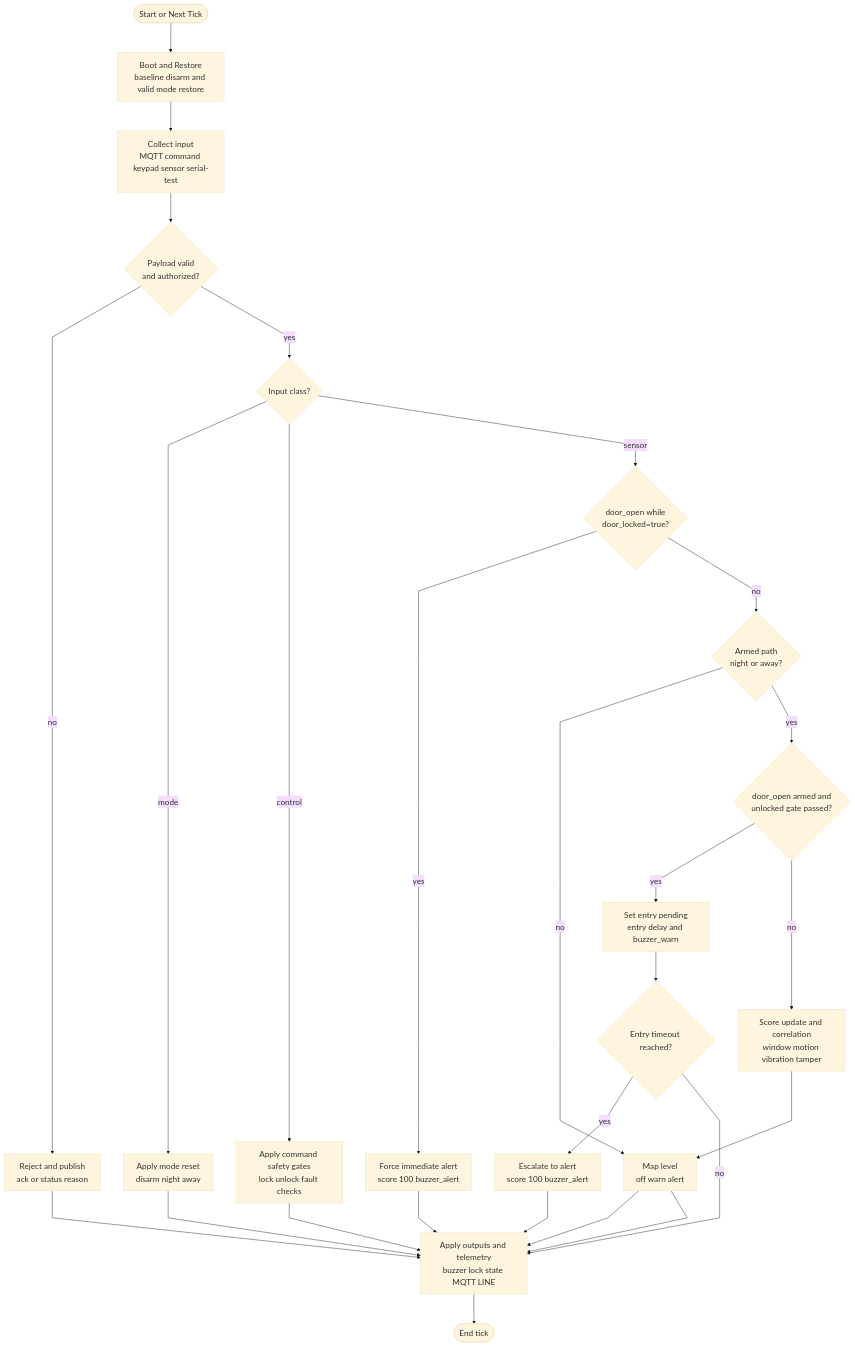
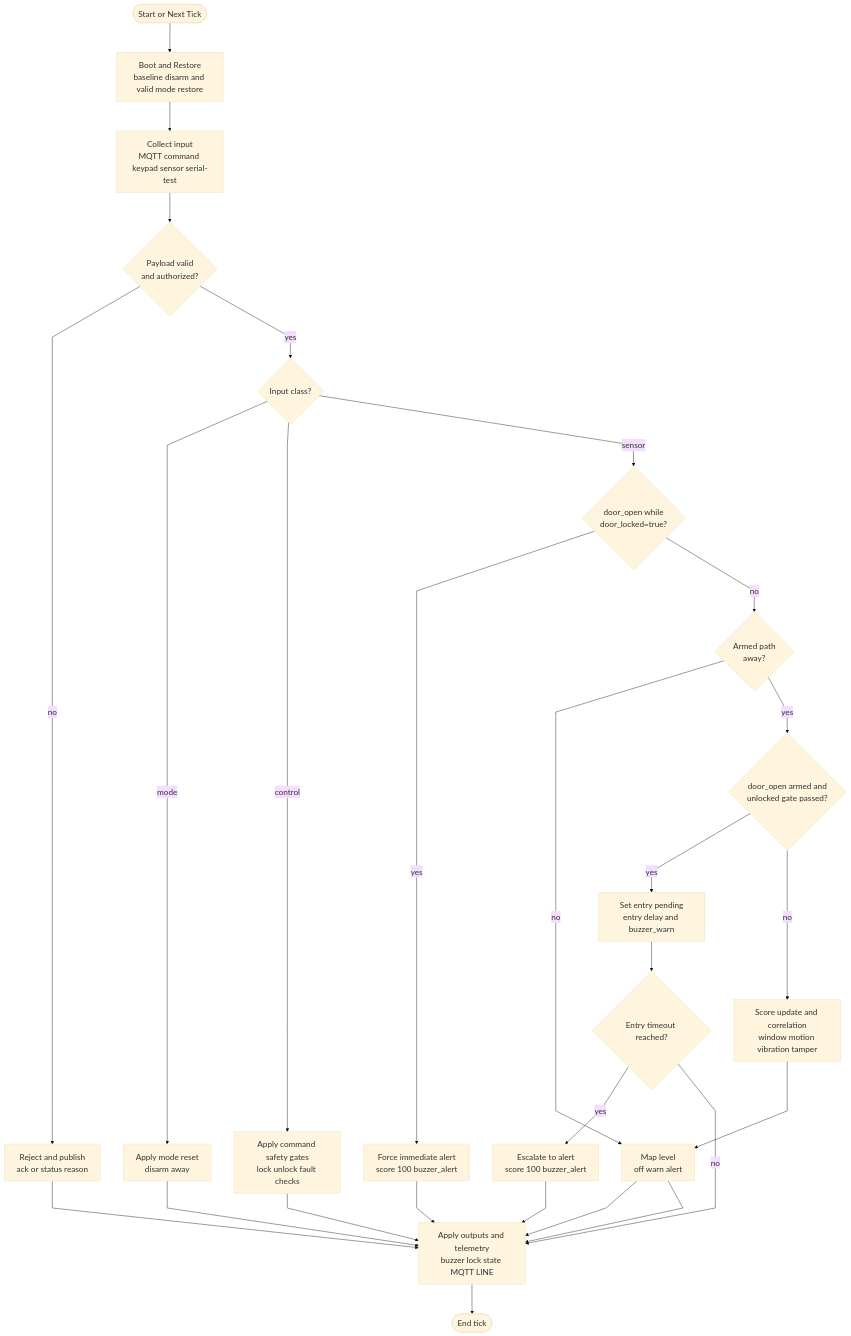
The diagram in docs/flowchart_summary_compact.mmd (non1555/EmbeddedSecurityHome), drawn with Mermaid before and after one commit. The commit also changed 35 other files, not shown here.

Commit message:
Update main board flow, MQTT diagnostics, and bridge tooling

```diff
--- a/docs/flowchart_summary_compact.mmd
+++ b/docs/flowchart_summary_compact.mmd
@@ -1,58 +1,58 @@
 %%{init: {
   'theme':'base',
   'themeVariables': { 'fontSize': '20px' },
   'flowchart': {
     'htmlLabels': true,
     'curve': 'linear',
     'nodeSpacing': 56,
     'rankSpacing': 72
   }
 } }%%
 flowchart TB
 
   s([Start or Next Tick])
   b[Boot and Restore<br/>baseline disarm and valid mode restore]
   p[Collect input<br/>MQTT command keypad sensor serial-test]
   v{Payload valid<br/>and authorized?}
   rej[Reject and publish<br/>ack or status reason]
 
   t{Input class?}
-  mode[Apply mode reset<br/>disarm night away]
+  mode[Apply mode reset<br/>disarm away]
   ctrl[Apply command safety gates<br/>lock unlock fault checks]
 
   fdoor{door_open while<br/>door_locked=true?}
   forced[Force immediate alert<br/>score 100 buzzer_alert]
 
-  armed{Armed path<br/>night or away?}
+  armed{Armed path<br/>away?}
   entry{door_open armed and<br/>unlocked gate passed?}
   pend[Set entry pending<br/>entry delay and buzzer_warn]
   timeout{Entry timeout reached?}
   esc[Escalate to alert<br/>score 100 buzzer_alert]
 
   score[Score update and correlation<br/>window motion vibration tamper]
   level[Map level<br/>off warn alert]
 
   out[Apply outputs and telemetry<br/>buzzer lock state MQTT LINE]
   e([End tick])
 
   s --> b --> p --> v
   v -->|no| rej --> out
   v -->|yes| t
 
   t -->|mode| mode --> out
   t -->|control| ctrl --> out
   t -->|sensor| fdoor
 
   fdoor -->|yes| forced --> out
   fdoor -->|no| armed
 
   armed -->|no| level --> out
   armed -->|yes| entry
 
   entry -->|yes| pend --> timeout
   timeout -->|yes| esc --> out
   timeout -->|no| out
 
   entry -->|no| score --> level --> out
 
   out --> e
```
